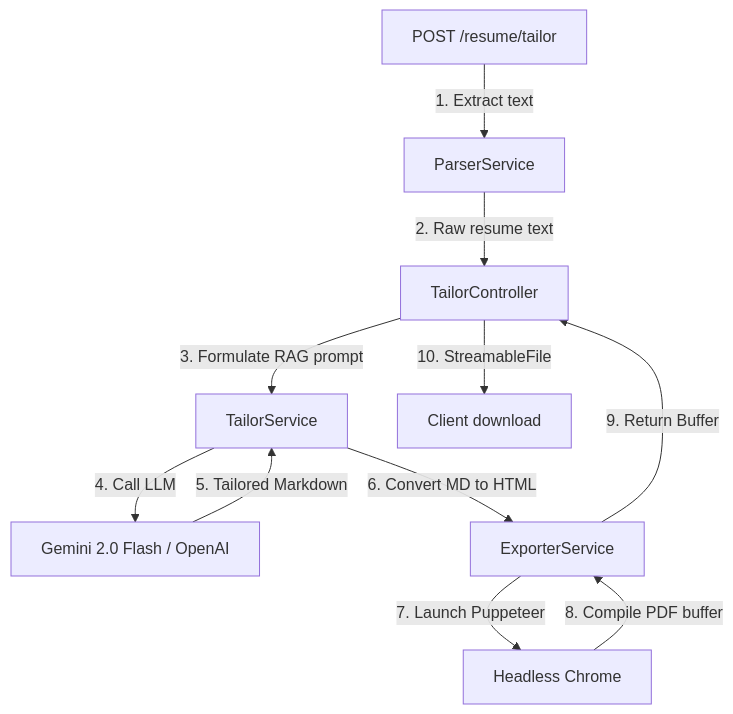
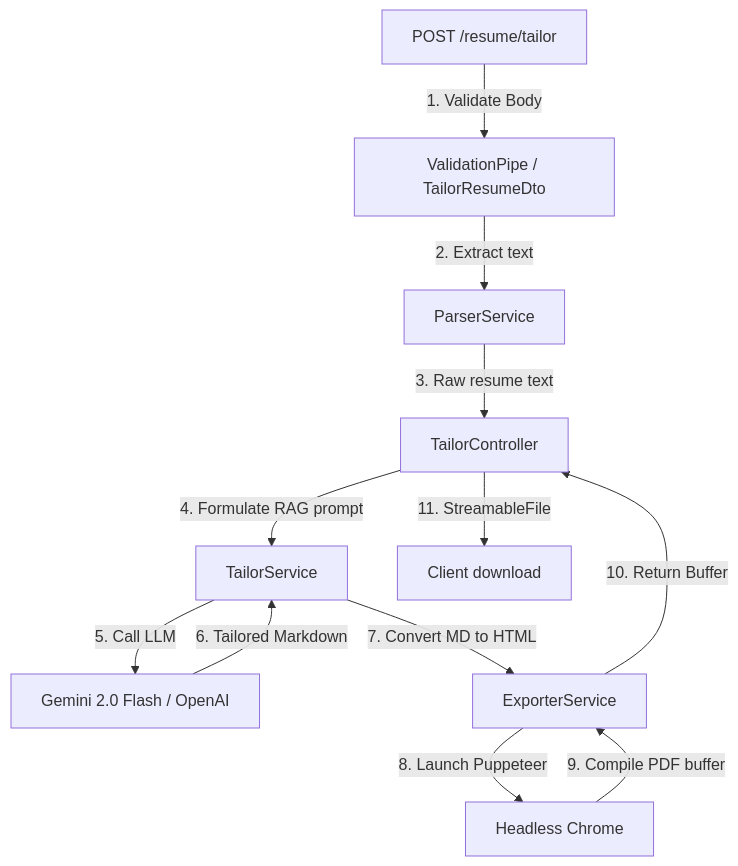
Before and after one commit to biasedzeus/nest-basics: the diagram in docs/TAILOR.md, drawn with Mermaid. The commit also changed other lines of this file and 12 other files, not shown here.

````diff
--- a/docs/TAILOR.md
+++ b/docs/TAILOR.md
@@ -23,13 +24,14 @@
 ```mermaid
 graph TD
-    Request[POST /resume/tailor] -->|1. Extract text| ParserService
-    ParserService -->|2. Raw resume text| TailorController
-    TailorController -->|3. Formulate RAG prompt| TailorService
-    TailorService -->|4. Call LLM| LLM[Gemini 2.0 Flash / OpenAI]
-    LLM -->|5. Tailored Markdown| TailorService
-    TailorService -->|6. Convert MD to HTML| ExporterService
-    ExporterService -->|7. Launch Puppeteer| HeadlessBrowser[Headless Chrome]
-    HeadlessBrowser -->|8. Compile PDF buffer| ExporterService
-    ExporterService -->|9. Return Buffer| TailorController
-    TailorController -->|10. StreamableFile| Client[Client download]
+    Request[POST /resume/tailor] -->|1. Validate Body| ValidationPipe[ValidationPipe / TailorResumeDto]
+    ValidationPipe -->|2. Extract text| ParserService
+    ParserService -->|3. Raw resume text| TailorController
+    TailorController -->|4. Formulate RAG prompt| TailorService
+    TailorService -->|5. Call LLM| LLM[Gemini 2.0 Flash / OpenAI]
+    LLM -->|6. Tailored Markdown| TailorService
+    TailorService -->|7. Convert MD to HTML| ExporterService
+    ExporterService -->|8. Launch Puppeteer| HeadlessBrowser[Headless Chrome]
+    HeadlessBrowser -->|9. Compile PDF buffer| ExporterService
+    ExporterService -->|10. Return Buffer| TailorController
+    TailorController -->|11. StreamableFile| Client[Client download]
 ```
````
